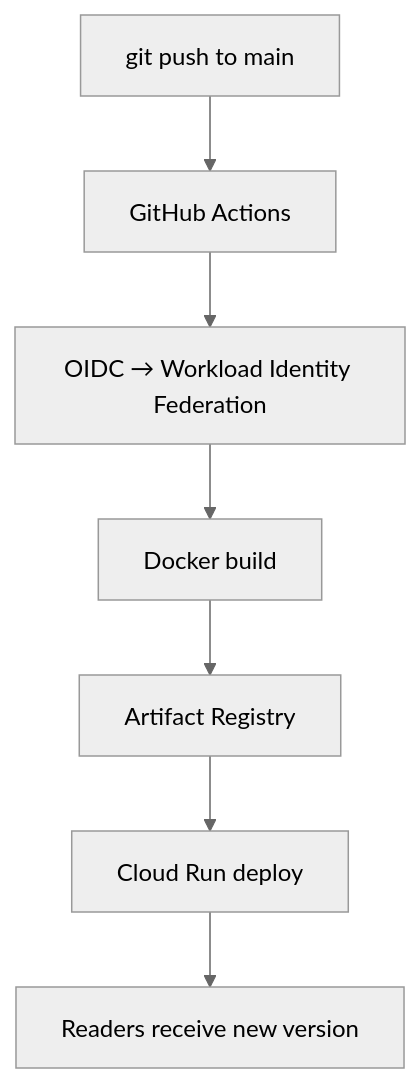
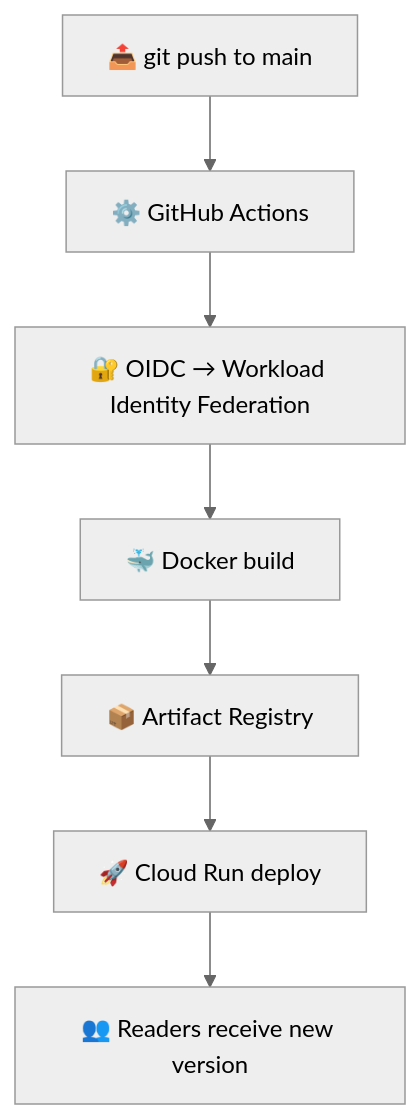
Before and after one commit to pasunboneleve/gcp-rust-blog-public: the third of 3 diagrams in content/posts/2026-03-02-how-this-blog-works.md, drawn with Mermaid (neutral theme). The commit also changed other lines of this file, not shown here.

Commit message:
content: add emojis to blog architecture post

````diff
--- a/content/posts/2026-03-02-how-this-blog-works.md
+++ b/content/posts/2026-03-02-how-this-blog-works.md
@@ -128,18 +128,18 @@
 ```mermaid
 flowchart TD
 
-  PUSH["git push to main"]
-  GHA["GitHub Actions"]
-  AUTH["OIDC → Workload Identity Federation"]
-  BUILD["Docker build"]
-  AR["Artifact Registry"]
-  DEPLOY["Cloud Run deploy"]
-  USERS["Readers receive new version"]
+  PUSH["📤 git push to main"]
+  GHA["⚙️ GitHub Actions"]
+  AUTH["🔐 OIDC → Workload Identity Federation"]
+  BUILD["🐳 Docker build"]
+  AR["📦 Artifact Registry"]
+  DEPLOY["🚀 Cloud Run deploy"]
+  USERS["👥 Readers receive new version"]
 
   PUSH --> GHA
   GHA --> AUTH
   AUTH --> BUILD
   BUILD --> AR
   AR --> DEPLOY
   DEPLOY --> USERS
 ```
````
